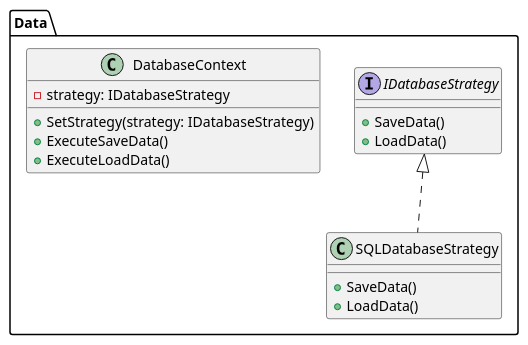
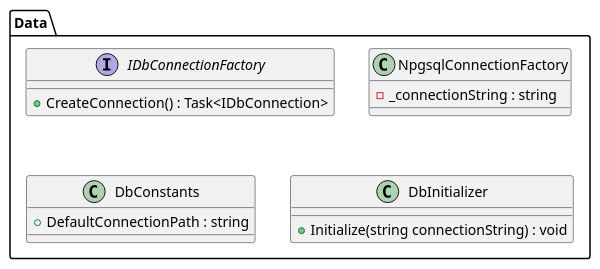
The diagram in docs/uml/data.puml (programacion-6/ExpenseTrackerGrupo2), drawn with PlantUML before and after one commit.

Commit message:
docs: refactor database connection

```diff
--- a/docs/uml/data.puml
+++ b/docs/uml/data.puml
@@ -1,24 +1,21 @@
 @startuml Relational Database
 
 package "Data" {
-    interface IDatabaseStrategy {
-        + SaveData()
-        + LoadData()
+    interface IDbConnectionFactory {
+        + CreateConnection() : Task<IDbConnection>
     }
 
-    ' Concrete implementation for Strategy Pattern
-    class SQLDatabaseStrategy implements IDatabaseStrategy {
-        + SaveData()
-        + LoadData()
+    class NpgsqlConnectionFactory {
+        - _connectionString : string
     }
 
-    ' Context class to dynamically select strategy
-    class DatabaseContext {
-        - strategy: IDatabaseStrategy
-        + SetStrategy(strategy: IDatabaseStrategy)
-        + ExecuteSaveData()
-        + ExecuteLoadData()
+    class DbConstants {
+        + DefaultConnectionPath : string
+    }
+
+    class DbInitializer {
+        + Initialize(string connectionString) : void
     }
 }
 
 @enduml
```
